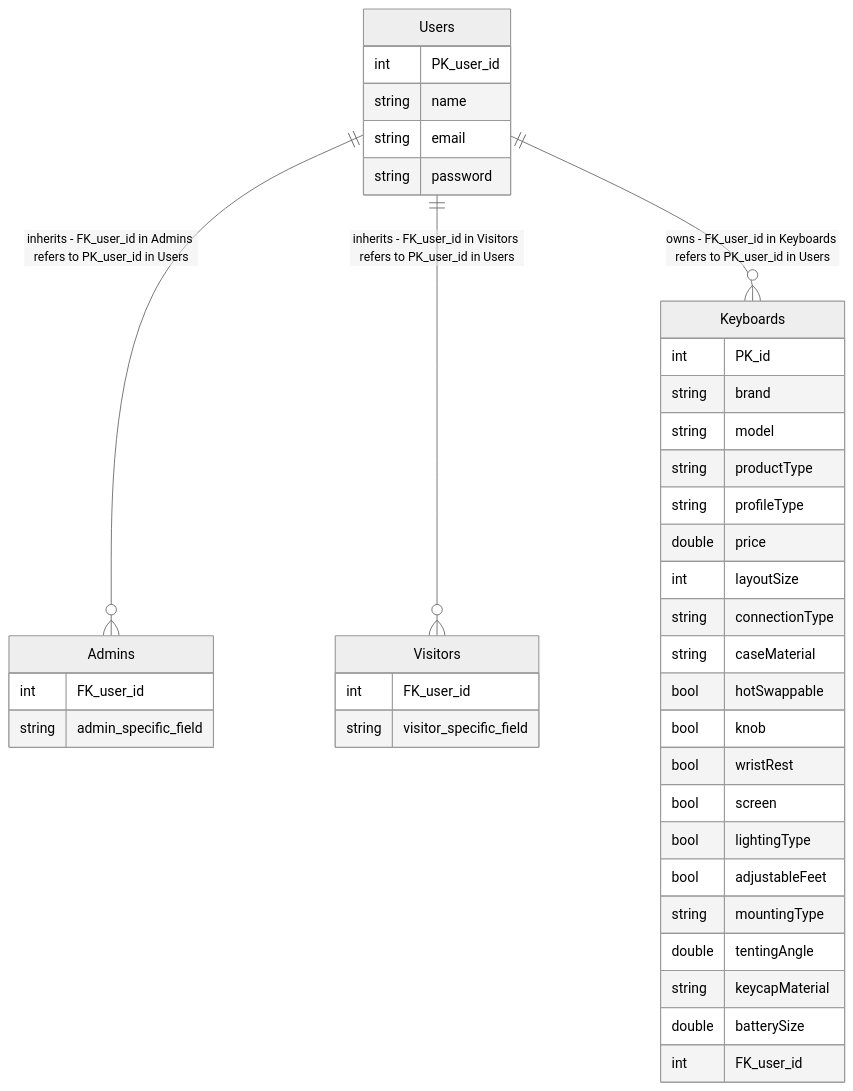
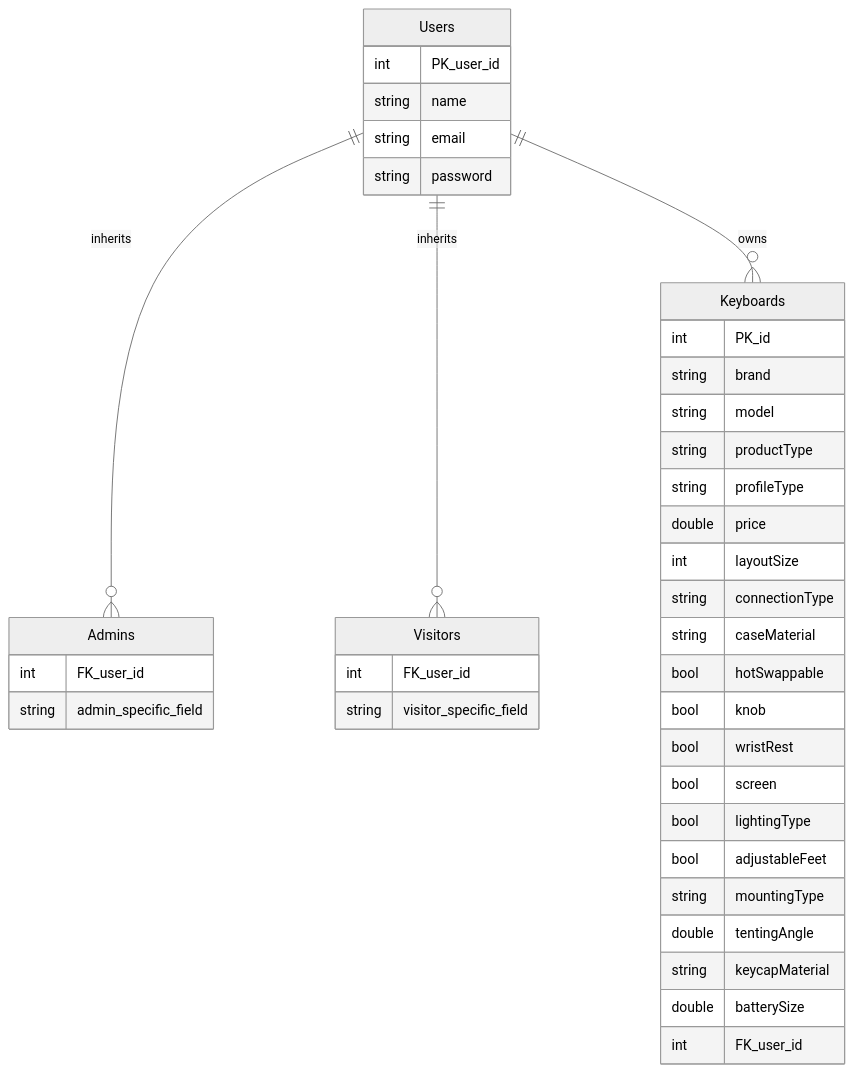
One commit to GaafarDev/PC-Copilot- changed the diagram in README.md. Above: the diagram before and after it, drawn with Mermaid (neutral theme).

````diff
--- a/README.md
+++ b/README.md
@@ -1,42 +1,42 @@
 ```mermaid
 erDiagram
     Users {
         int PK_user_id
         string name
         string email
         string password
     }
     Admins {
         int FK_user_id
         string admin_specific_field
     }
     Visitors {
         int FK_user_id
         string visitor_specific_field
     }
     Keyboards {
         int PK_id
         string brand
         string model
         string productType
         string profileType
         double price
         int layoutSize
         string connectionType
         string caseMaterial
         bool hotSwappable
         bool knob
         bool wristRest
         bool screen
         bool lightingType
         bool adjustableFeet
         string mountingType
         double tentingAngle
         string keycapMaterial
         double batterySize
         int FK_user_id
     }
-    Users ||--o{ Admins : "inherits - FK_user_id in Admins refers to PK_user_id in Users"
-    Users ||--o{ Visitors : "inherits - FK_user_id in Visitors refers to PK_user_id in Users"
-    Users ||--o{ Keyboards : "owns - FK_user_id in Keyboards refers to PK_user_id in Users"
+    Users ||--o{ Admins : "inherits"
+    Users ||--o{ Visitors : "inherits"
+    Users ||--o{ Keyboards : "owns"
 ```
````
